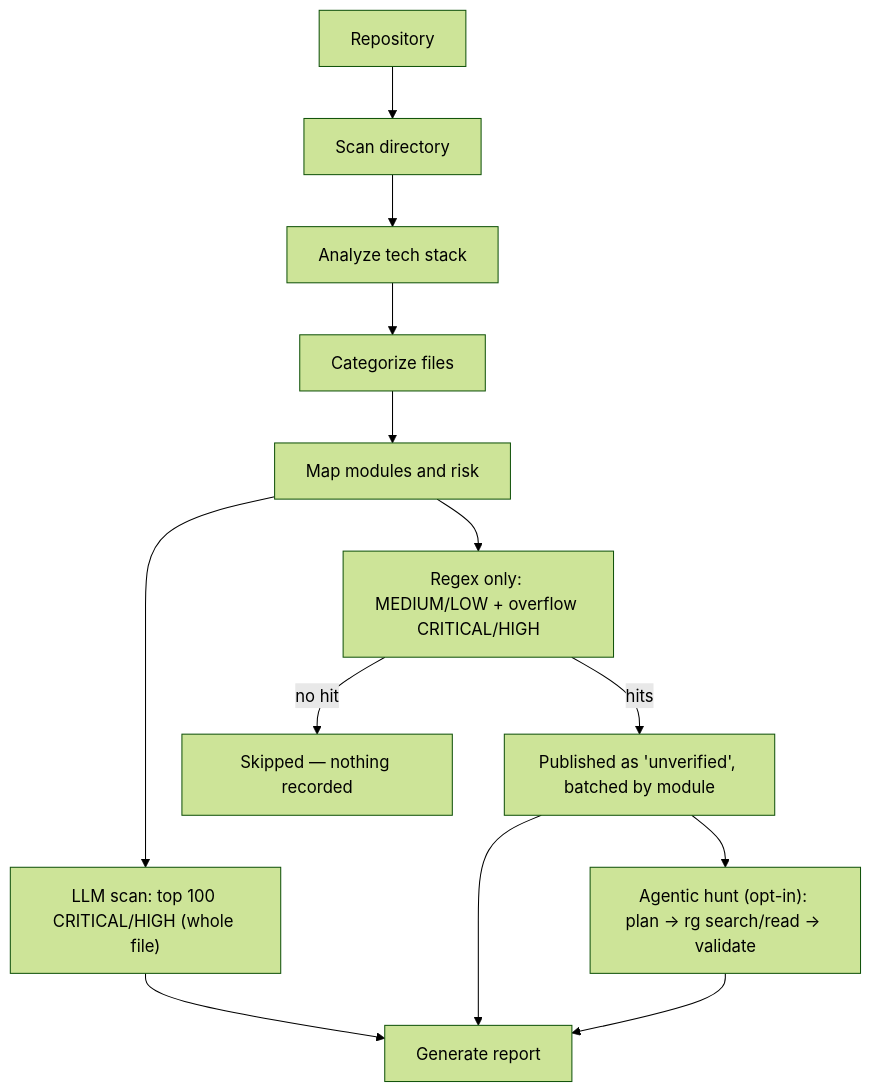
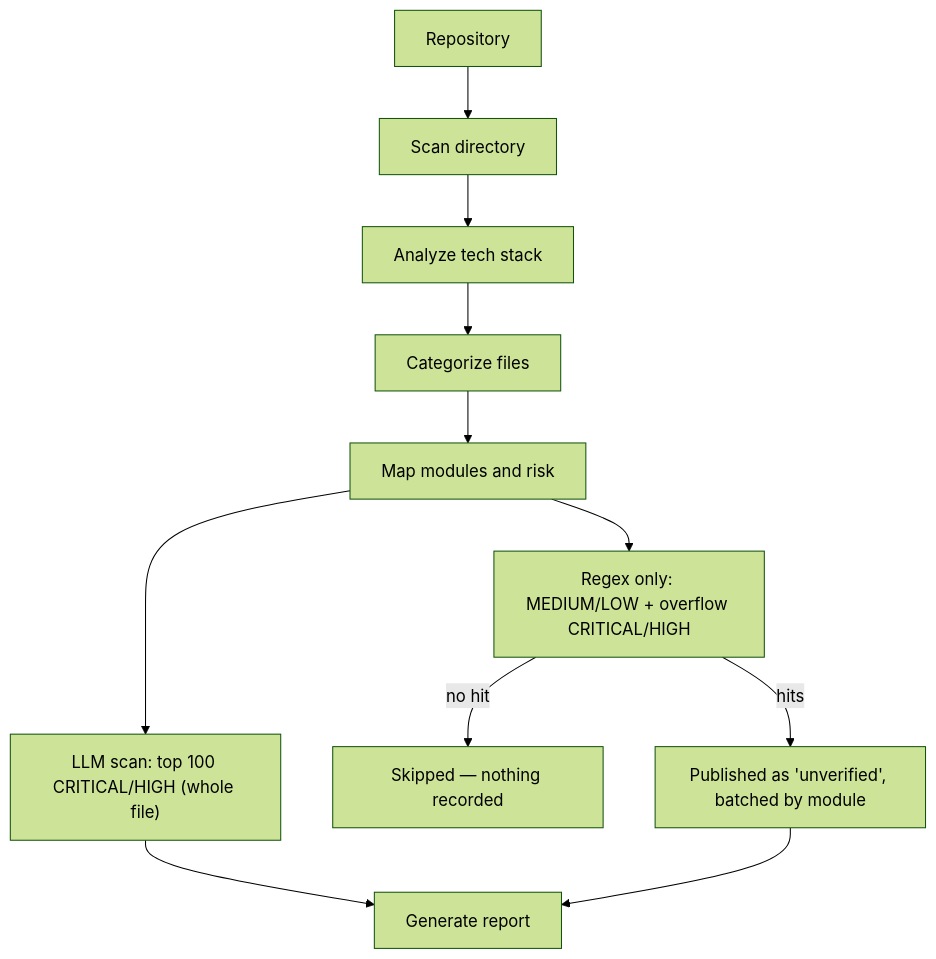
The diagram in backend/sast_engine/README.md (Bharath7842/secure-build), drawn with Mermaid (forest theme) before and after one commit. The commit also changed other lines of this file and 55 other files, not shown here.

First line of the commit message:
refactor: remove the agentic hunt and its learned rules

````diff
--- a/backend/sast_engine/README.md
+++ b/backend/sast_engine/README.md
@@ -6,15 +6,13 @@
 ```mermaid
 flowchart TD
     Repo[Repository] --> Scan[Scan directory]
     Scan --> Stack[Analyze tech stack]
     Stack --> Categorize[Categorize files]
     Categorize --> Risk[Map modules and risk]
     Risk --> DeepScan["LLM scan: top 100 CRITICAL/HIGH (whole file)"]
     Risk --> Triage["Regex only: MEDIUM/LOW + overflow CRITICAL/HIGH"]
     Triage -->|no hit| Skipped["Skipped — nothing recorded"]
     Triage -->|hits| Unverified["Published as 'unverified', batched by module"]
     DeepScan --> Report[Generate report]
     Unverified --> Report
-    Unverified --> Hunt["Agentic hunt (opt-in): plan -> rg search/read -> validate"]
-    Hunt --> Report
 ```
````
